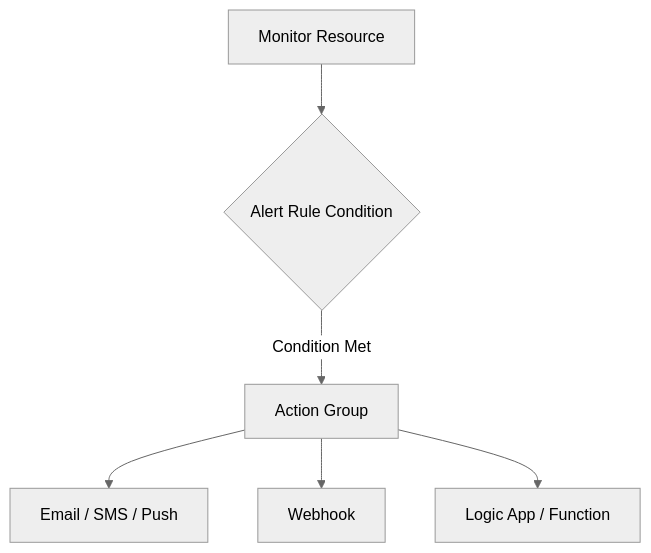
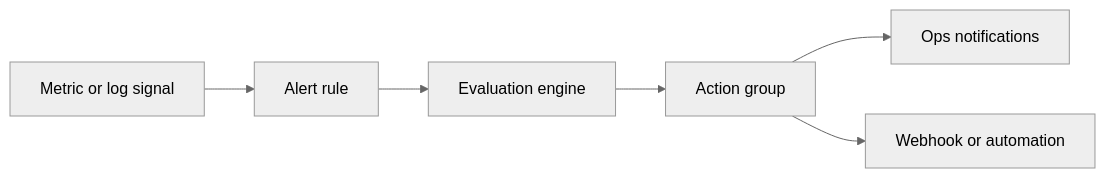
The diagram in docs/operations/alert-rule-management.md (yeongseon/azure-monitoring-practical-guide), drawn with Mermaid (neutral theme) before and after one commit. The commit also changed other lines of this file and 50 other files, not shown here.

````diff
--- a/docs/operations/alert-rule-management.md
+++ b/docs/operations/alert-rule-management.md
@@ -5,8 +3,8 @@
 ```mermaid
-graph TD
-    A[Monitor Resource] --> B{Alert Rule Condition}
-    B -- Condition Met --> C[Action Group]
-    C --> D[Email / SMS / Push]
-    C --> E[Webhook]
-    C --> F[Logic App / Function]
+flowchart LR
+    Signal[Metric or log signal] --> Rule[Alert rule]
+    Rule --> Evaluation[Evaluation engine]
+    Evaluation --> ActionGroup[Action group]
+    ActionGroup --> Human[Ops notifications]
+    ActionGroup --> Automation[Webhook or automation]
 ```
````
